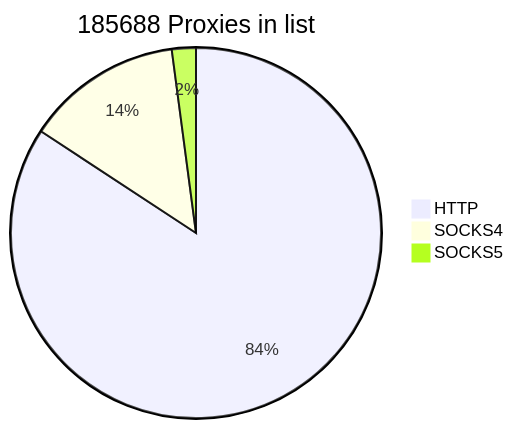
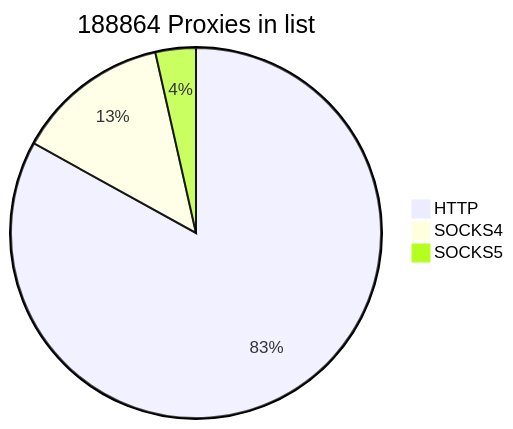
One commit to cutipu/proxylist changed the first of 2 diagrams in README.md. Above: the diagram before and after it, drawn with Mermaid. The commit also changed other lines of this file, not shown here.

````diff
--- a/README.md
+++ b/README.md
@@ -2,7 +2,7 @@
 ```mermaid
-pie title 185688 Proxies in list
-    "HTTP" : 156432
-    "SOCKS4" : 25365
-    "SOCKS5" : 3891
+pie title 188864 Proxies in list
+    "HTTP" : 156831
+    "SOCKS4" : 25366
+    "SOCKS5" : 6667
             
 ```
````
